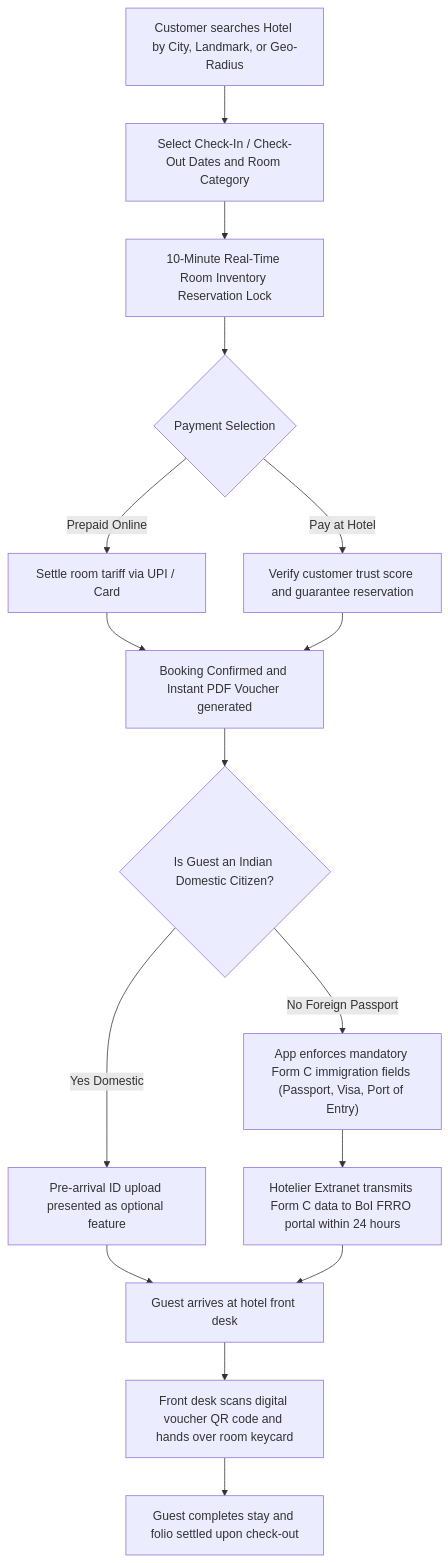
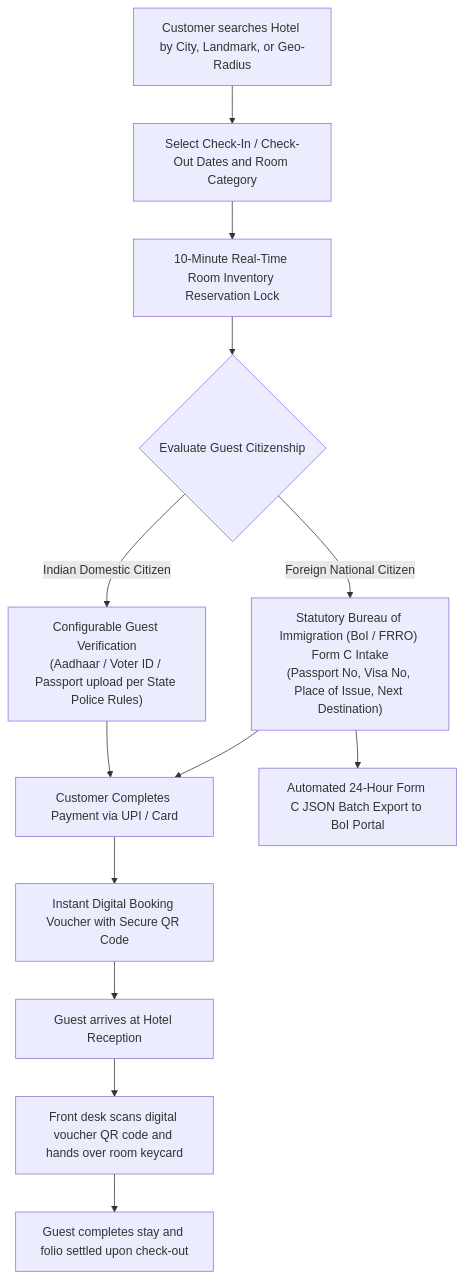
One commit to programmerfiroz/all-in-one changed diagram 12 of 13 in docs/06_visual_hierarchy_and_flows/high_level_visual_hierarchy.md. Above: the diagram before and after it, drawn with Mermaid. The commit also changed other lines of this file and 1 other file, not shown here.

Commit message:
docs: implement master visual hierarchy and complete system flow blueprint (VHB-IND-V1.2)

````diff
--- a/docs/06_visual_hierarchy_and_flows/high_level_visual_hierarchy.md
+++ b/docs/06_visual_hierarchy_and_flows/high_level_visual_hierarchy.md
@@ -496,24 +485,20 @@
 ```mermaid
 flowchart TD
     SearchHotel["Customer searches Hotel by City, Landmark, or Geo-Radius"] --> DateSelect["Select Check-In / Check-Out Dates and Room Category"]
     DateSelect --> HoldLock["10-Minute Real-Time Room Inventory Reservation Lock"]
     
-    HoldLock --> Prepay{"Payment Selection"}
-    Prepay -->|Prepaid Online| OnlinePay["Settle room tariff via UPI / Card"]
-    Prepay -->|Pay at Hotel| VerifyCard["Verify customer trust score and guarantee reservation"]
+    HoldLock --> KYC_Gate{"Evaluate Guest Citizenship"}
     
-    OnlinePay --> BookingOK["Booking Confirmed and Instant PDF Voucher generated"]
-    VerifyCard --> BookingOK
+    KYC_Gate -->|Indian Domestic Citizen| DomesticKYC["Configurable Guest Verification<br/>(Aadhaar / Voter ID / Passport upload per State Police Rules)"]
+    KYC_Gate -->|Foreign National Citizen| ForeignKYC["Statutory Bureau of Immigration (BoI / FRRO) Form C Intake<br/>(Passport No, Visa No, Place of Issue, Next Destination)"]
     
-    BookingOK --> KycCheck{"Is Guest an Indian Domestic Citizen?"}
+    DomesticKYC --> PayVoucher["Customer Completes Payment via UPI / Card"]
+    ForeignKYC --> PayVoucher
     
-    KycCheck -->|Yes Domestic| DomesticKYC["Pre-arrival ID upload presented as optional feature"]
-    KycCheck -->|No Foreign Passport| ForeignFormC["App enforces mandatory Form C immigration fields (Passport, Visa, Port of Entry)"]
+    PayVoucher --> VoucherGen["Instant Digital Booking Voucher with Secure QR Code"]
+    ForeignKYC --> FRRO_Export["Automated 24-Hour Form C JSON Batch Export to BoI Portal"]
     
-    DomesticKYC --> ReceptionArrival["Guest arrives at hotel front desk"]
-    ForeignFormC --> TransmitBoI["Hotelier Extranet transmits Form C data to BoI FRRO portal within 24 hours"]
-    TransmitBoI --> ReceptionArrival
-    
+    VoucherGen --> ReceptionArrival["Guest arrives at Hotel Reception"]
     ReceptionArrival --> CheckInQR["Front desk scans digital voucher QR code and hands over room keycard"]
     CheckInQR --> StayComplete["Guest completes stay and folio settled upon check-out"]
 ```
````
